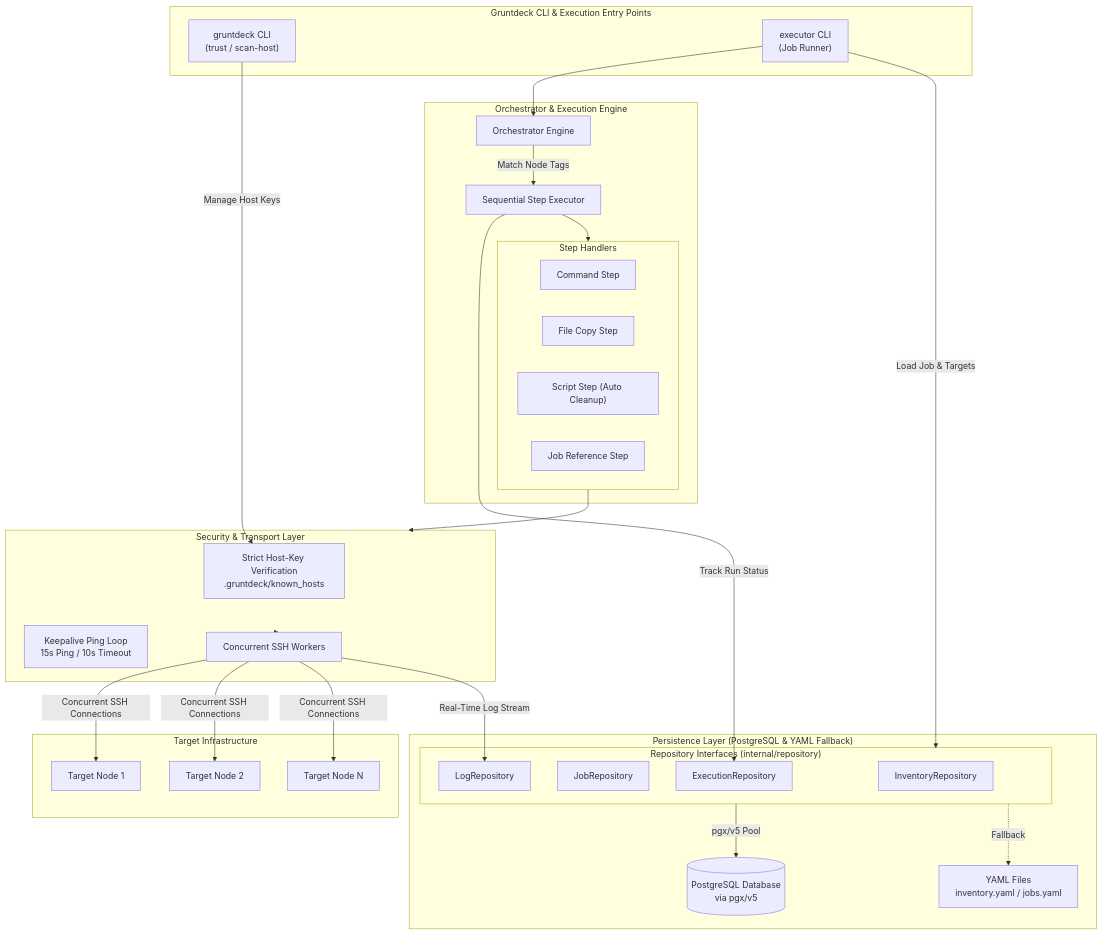
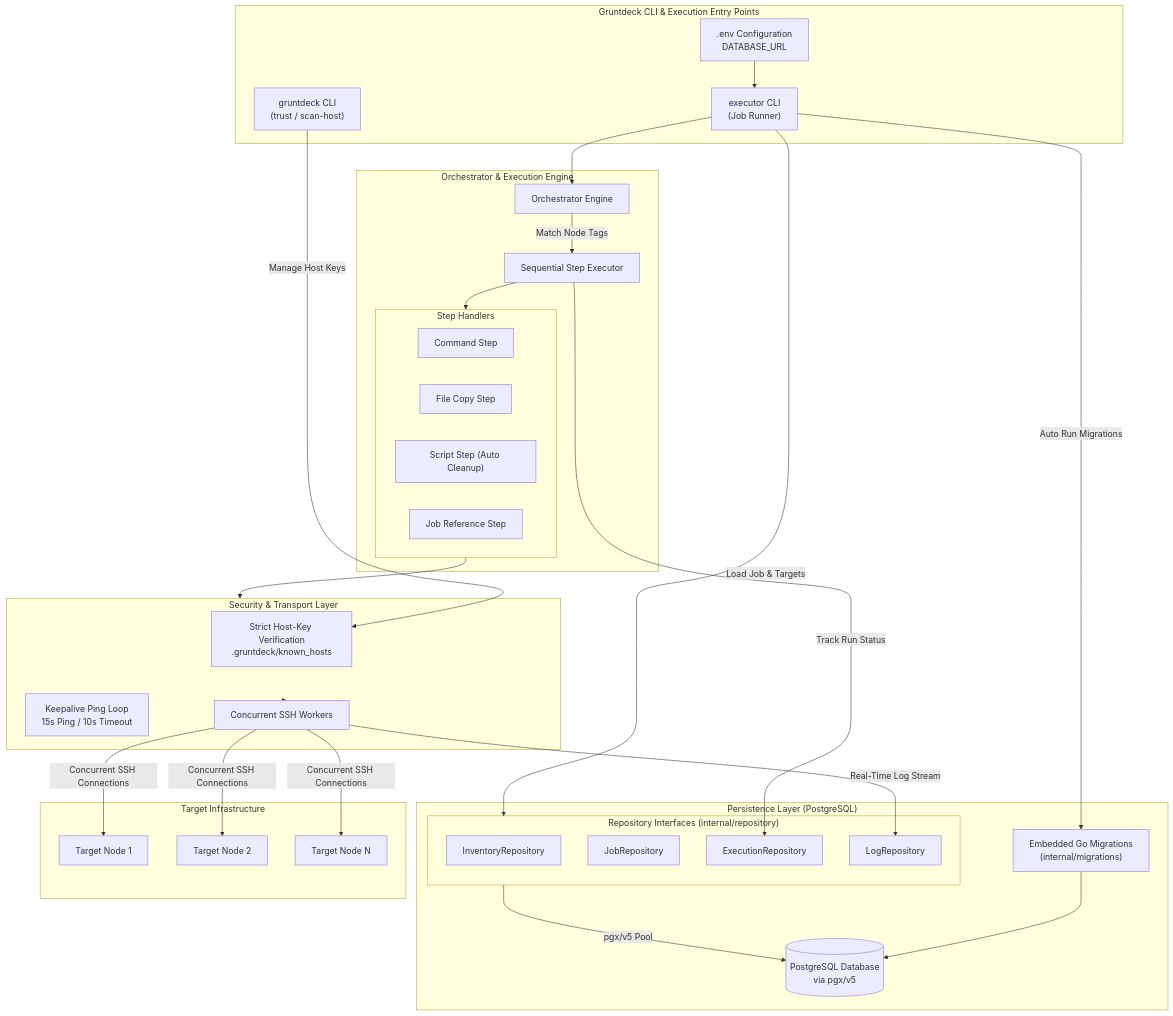
One commit to Thundercloud12/gruntdeck changed the diagram in README.md. Above: the diagram before and after it, drawn with Mermaid. The commit also changed other lines of this file and 18 other files, not shown here.

````diff
--- a/README.md
+++ b/README.md
@@ -11,64 +11,67 @@
 ```mermaid
 flowchart TD
     subgraph CLI ["Gruntdeck CLI & Execution Entry Points"]
         GT["gruntdeck CLI<br/>(trust / scan-host)"]
         EX["executor CLI<br/>(Job Runner)"]
+        ENV[".env Configuration<br/>DATABASE_URL"]
     end
 
-    subgraph Storage ["Persistence Layer (PostgreSQL & YAML Fallback)"]
+    subgraph Storage ["Persistence Layer (PostgreSQL)"]
         PG[(PostgreSQL Database<br/>via pgx/v5)]
-        YML[YAML Files<br/>inventory.yaml / jobs.yaml]
+        MIG["Embedded Go Migrations<br/>(internal/migrations)"]
 
         subgraph Repos ["Repository Interfaces (internal/repository)"]
             IR[InventoryRepository]
             JR[JobRepository]
             ER[ExecutionRepository]
             LR[LogRepository]
         end
     end
 
     subgraph Engine ["Orchestrator & Execution Engine"]
         ORCH[Orchestrator Engine]
         EXEC[Sequential Step Executor]
         
         subgraph StepTypes ["Step Handlers"]
             ST_CMD["Command Step"]
             ST_FILE["File Copy Step"]
             ST_SCR["Script Step (Auto Cleanup)"]
             ST_REF["Job Reference Step"]
         end
     end
 
     subgraph Security ["Security & Transport Layer"]
         KH[Strict Host-Key Verification<br/>.gruntdeck/known_hosts]
         KA[Keepalive Ping Loop<br/>15s Ping / 10s Timeout]
         SSH[Concurrent SSH Workers]
     end
 
     subgraph Fleet ["Target Infrastructure"]
         N1[Target Node 1]
         N2[Target Node 2]
         N3[Target Node N]
     end
 
     %% Flow Connections
+    ENV --> EX
+    EX -->|Auto Run Migrations| MIG
+    MIG --> PG
     EX -->|Load Job & Targets| Repos
     GT -->|Manage Host Keys| KH
     
     Repos -->|pgx/v5 Pool| PG
-    Repos -.->|Fallback| YML
 
     EX --> ORCH
     ORCH -->|Match Node Tags| EXEC
     EXEC --> StepTypes
 
     StepTypes --> Security
     Security --> SSH
 
     SSH -->|Concurrent SSH Connections| N1
     SSH -->|Concurrent SSH Connections| N2
     SSH -->|Concurrent SSH Connections| N3
 
     SSH -->|Real-Time Log Stream| LR
     EXEC -->|Track Run Status| ER
 ```
````
